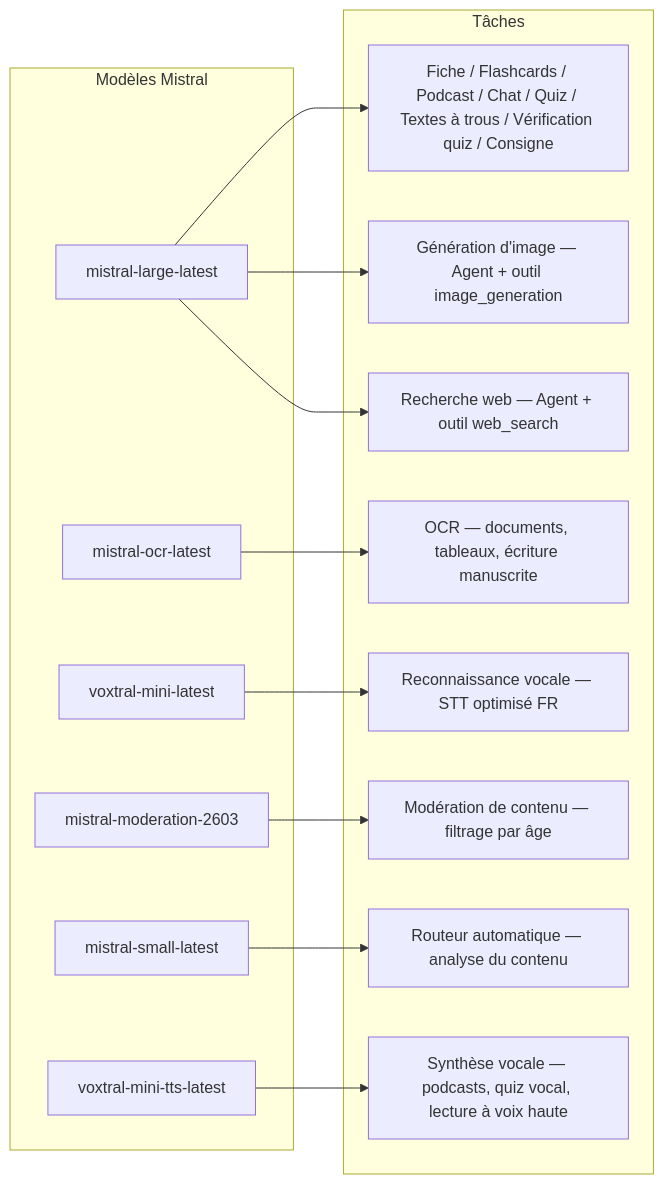
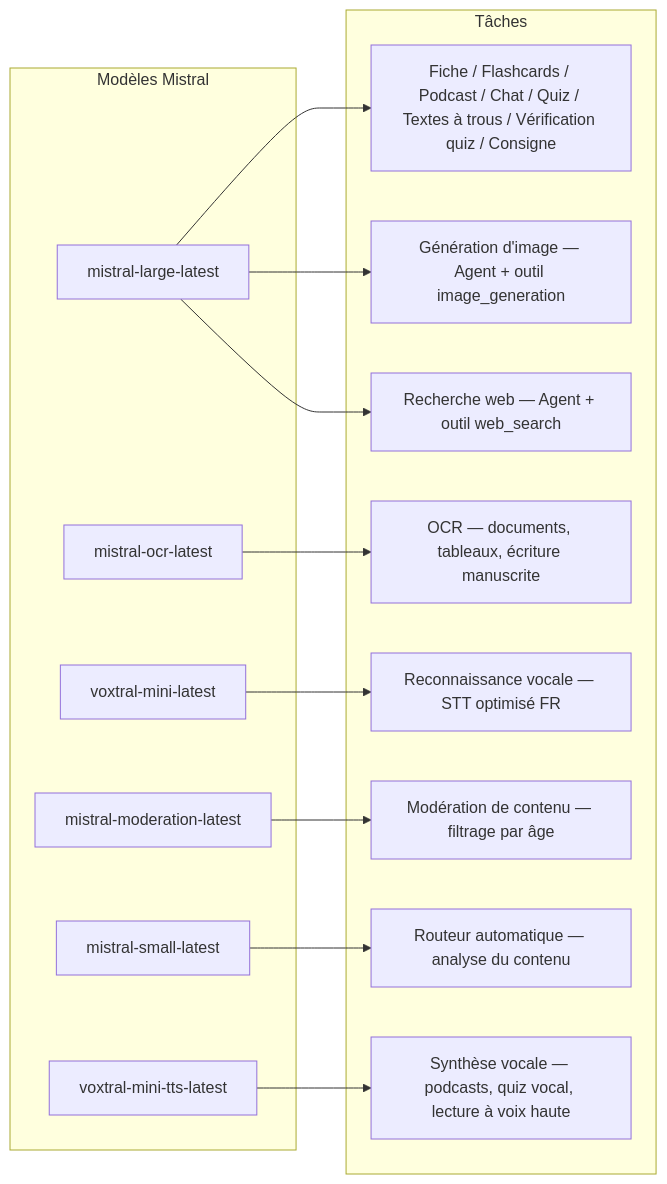
One commit to jls42/EurekAI changed the second of 3 diagrams in README-ar.md. Above: the diagram before and after it, drawn with Mermaid. The commit also changed other lines of this file and 17 other files, not shown here.

First line of the commit message:
fix(moderation): use mistral-moderation-latest instead of dated model

````diff
--- a/README-ar.md
+++ b/README-ar.md
@@ -117,31 +117,31 @@
 ```mermaid
 flowchart LR
     subgraph "Modèles Mistral"
         ML["mistral-large-latest"]
         MO["mistral-ocr-latest"]
         MV["voxtral-mini-latest"]
-        MMod["mistral-moderation-2603"]
+        MMod["mistral-moderation-latest"]
         MS["mistral-small-latest"]
         MTTS["voxtral-mini-tts-latest"]
     end
 
     subgraph "Tâches"
         T1["Fiche / Flashcards / Podcast / Chat / Quiz / Textes à trous / Vérification quiz / Consigne"]
         T2["OCR — documents, tableaux, écriture manuscrite"]
         T3["Reconnaissance vocale — STT optimisé FR"]
         T4["Modération de contenu — filtrage par âge"]
         T5["Routeur automatique — analyse du contenu"]
         T6["Génération d'image — Agent + outil image_generation"]
         T7["Recherche web — Agent + outil web_search"]
         T8["Synthèse vocale — podcasts, quiz vocal, lecture à voix haute"]
     end
 
     ML --> T1
     MO --> T2
     MV --> T3
     MMod --> T4
     MS --> T5
     ML --> T6
     ML --> T7
     MTTS --> T8
 ```
````
